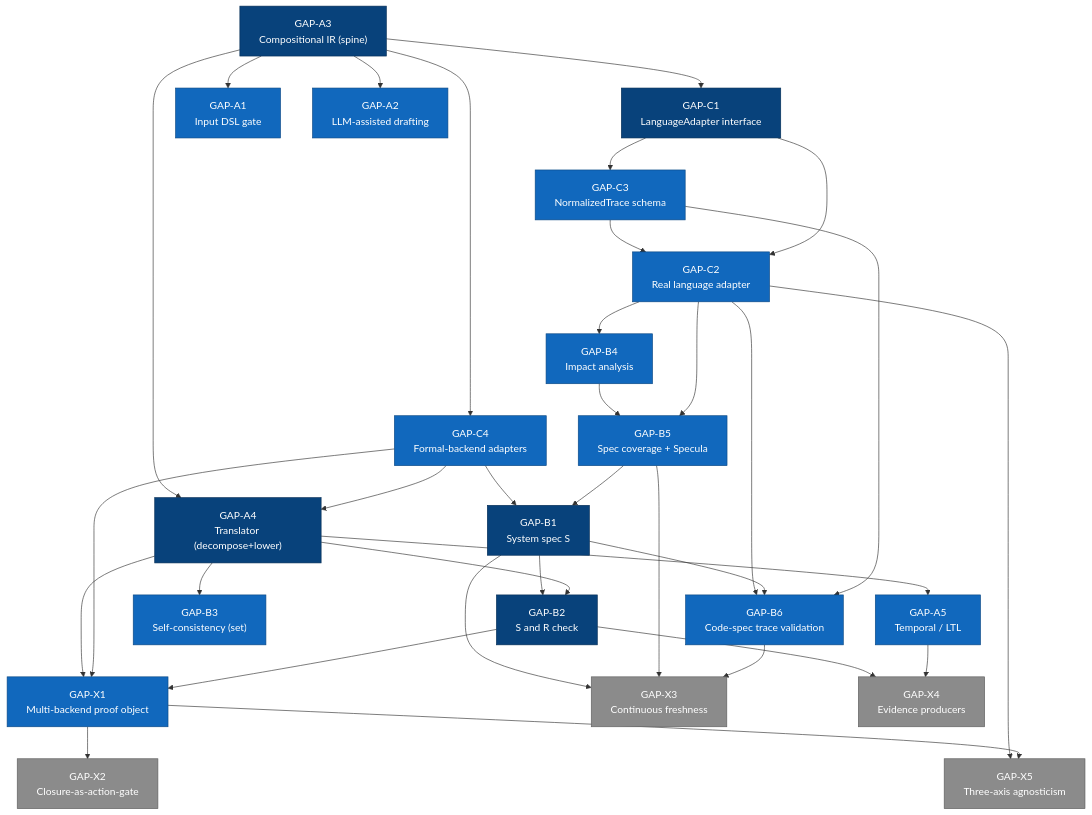
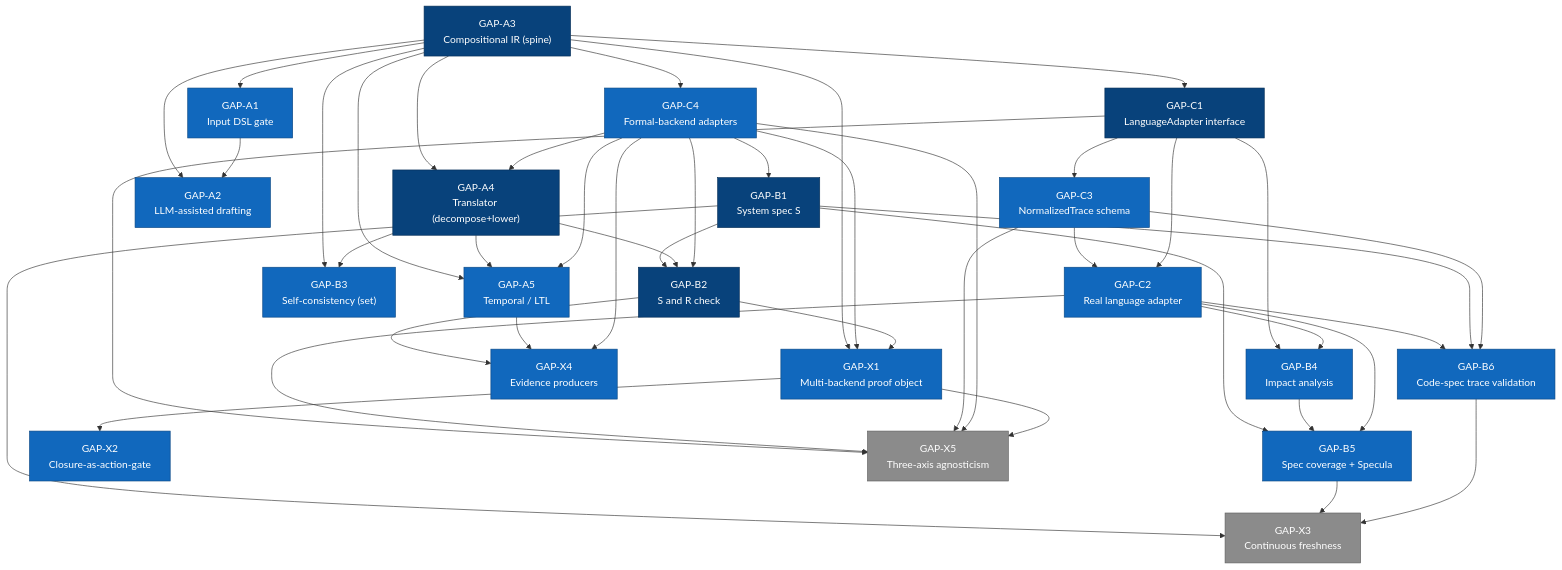
The diagram in docs/vision-gap-spec.md (lrsaturnino/attestation-layer), drawn with Mermaid before and after one commit. The commit also changed other lines of this file and 15 other files, not shown here.

````diff
--- a/docs/vision-gap-spec.md
+++ b/docs/vision-gap-spec.md
@@ -333,63 +336,73 @@
 ```mermaid
 flowchart TB
     A3["GAP-A3<br/>Compositional IR (spine)"]:::crit
     C1["GAP-C1<br/>LanguageAdapter interface"]:::crit
     C3["GAP-C3<br/>NormalizedTrace schema"]:::high
     C4["GAP-C4<br/>Formal-backend adapters"]:::high
 
     A1["GAP-A1<br/>Input DSL gate"]:::high
     A2["GAP-A2<br/>LLM-assisted drafting"]:::high
     A4["GAP-A4<br/>Translator (decompose+lower)"]:::crit
     A5["GAP-A5<br/>Temporal / LTL"]:::high
 
     C2["GAP-C2<br/>Real language adapter"]:::high
     B4["GAP-B4<br/>Impact analysis"]:::high
     B1["GAP-B1<br/>System spec S"]:::crit
     B5["GAP-B5<br/>Spec coverage + Specula"]:::high
     B6["GAP-B6<br/>Code-spec trace validation"]:::high
     B3["GAP-B3<br/>Self-consistency (set)"]:::high
     B2["GAP-B2<br/>S and R check"]:::crit
 
     X1["GAP-X1<br/>Multi-backend proof object"]:::high
-    X2["GAP-X2<br/>Closure-as-action-gate"]:::med
+    X2["GAP-X2<br/>Closure-as-action-gate"]:::high
     X3["GAP-X3<br/>Continuous freshness"]:::med
-    X4["GAP-X4<br/>Evidence producers"]:::med
+    X4["GAP-X4<br/>Evidence producers"]:::high
     X5["GAP-X5<br/>Three-axis agnosticism"]:::med
 
     A3 --> A1
     A3 --> A2
+    A1 --> A2
     A3 --> A4
     A3 --> C1
     A3 --> C4
     C1 --> C3
     C3 --> C2
     C1 --> C2
     C4 --> A4
+    A3 --> A5
     A4 --> A5
+    C4 --> A5
+    A3 --> B3
     A4 --> B3
+    C1 --> B4
     C2 --> B4
     C4 --> B1
-    B5 --> B1
+    B1 --> B5
     B4 --> B5
     C2 --> B5
     B1 --> B2
     A4 --> B2
+    C4 --> B2
     C2 --> B6
     B1 --> B6
     C3 --> B6
-    A4 --> X1
+    A3 --> X1
     C4 --> X1
     B2 --> X1
     X1 --> X2
     B1 --> X3
     B5 --> X3
     B6 --> X3
     B2 --> X4
     A5 --> X4
+    C4 --> X4
+    C1 --> X5
     C2 --> X5
+    C3 --> X5
+    C4 --> X5
     X1 --> X5
 
     classDef crit fill:#08427b,stroke:#052e56,color:#ffffff
     classDef high fill:#1168bd,stroke:#0b4884,color:#ffffff
     classDef med fill:#8b8b8b,stroke:#5f5f5f,color:#ffffff
 ```
````
